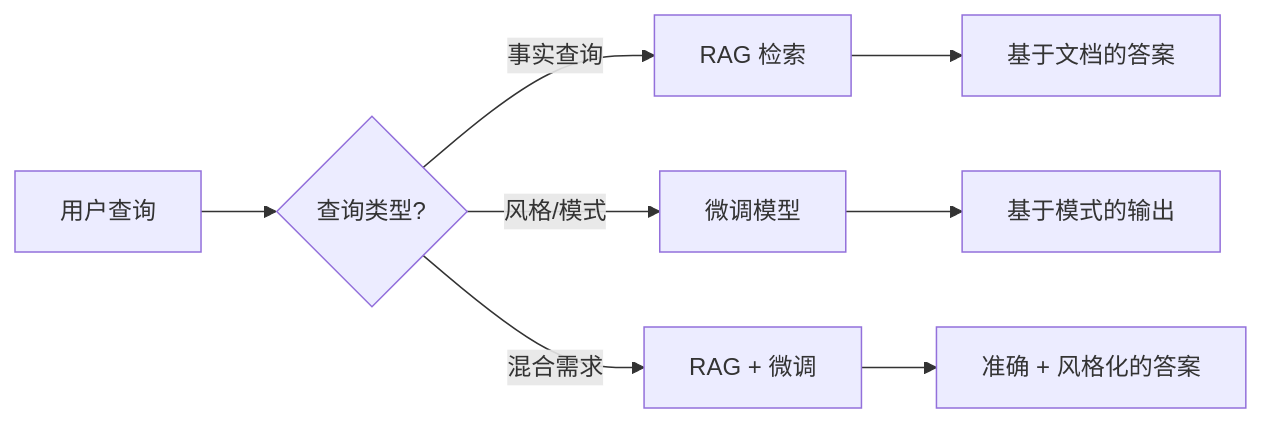
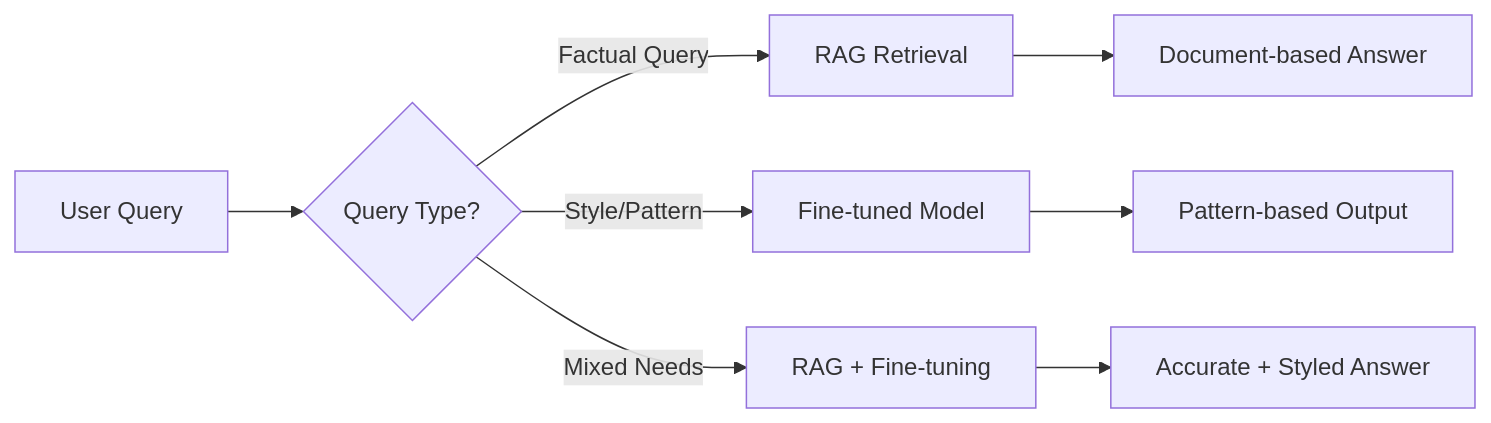
Before and after one commit to YiWang24/AiDIY: the sixth of 15 diagrams in docs/ai/rag/01-introduction.mdx, drawn with Mermaid. The commit also changed other lines of this file and 10 other files, not shown here.

First line of the commit message:
docs: enhance RAG documentation and fix Mermaid diagrams

````diff
--- a/docs/ai/rag/01-introduction.mdx
+++ b/docs/ai/rag/01-introduction.mdx
@@ -357,12 +357,12 @@
 ```mermaid
 flowchart LR
-    A["用户查询"] --> B{"查询类型?"}
+    A["User Query"] --> B{"Query Type?"}
 
-    B -->|事实查询| C["RAG 检索"]
-    B -->|风格/模式| D["微调模型"]
-    B -->|混合需求| E["RAG + 微调"]
+    B -->|Factual Query| C["RAG Retrieval"]
+    B -->|Style/Pattern| D["Fine-tuned Model"]
+    B -->|Mixed Needs| E["RAG + Fine-tuning"]
 
-    C --> F["基于文档的答案"]
-    D --> G["基于模式的输出"]
-    E --> H["准确 + 风格化的答案"]
+    C --> F["Document-based Answer"]
+    D --> G["Pattern-based Output"]
+    E --> H["Accurate + Styled Answer"]
 ```
````
